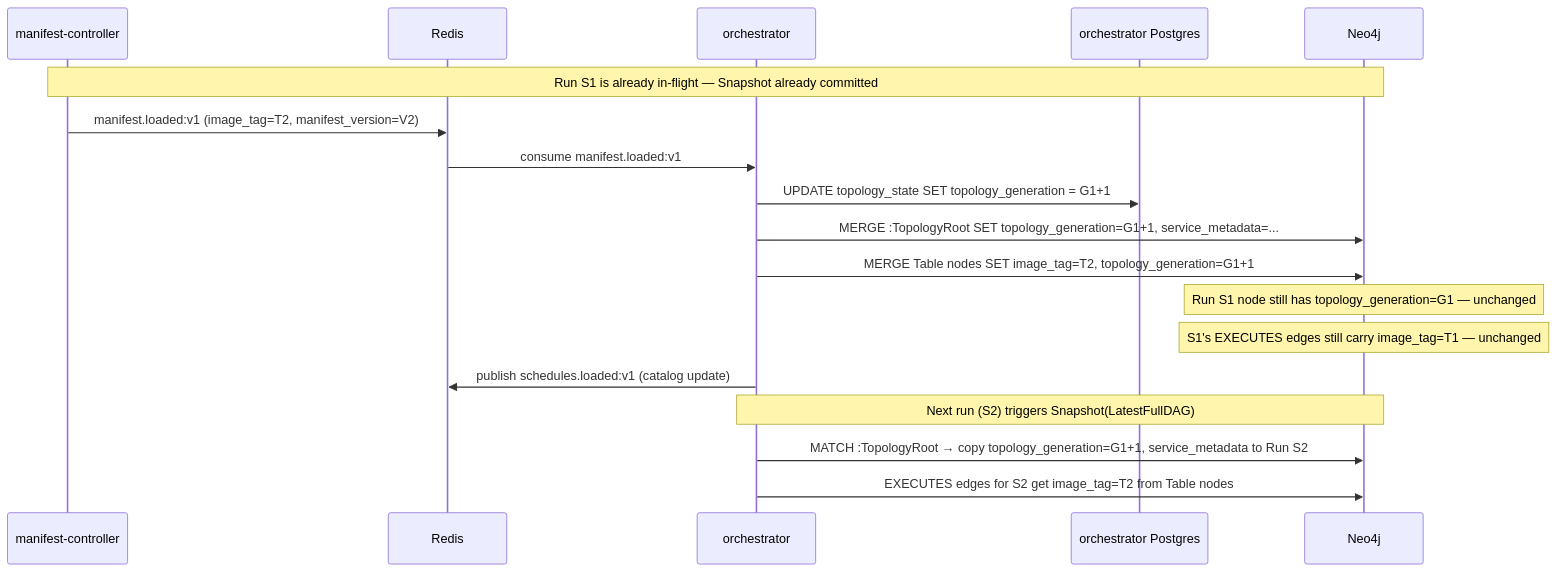
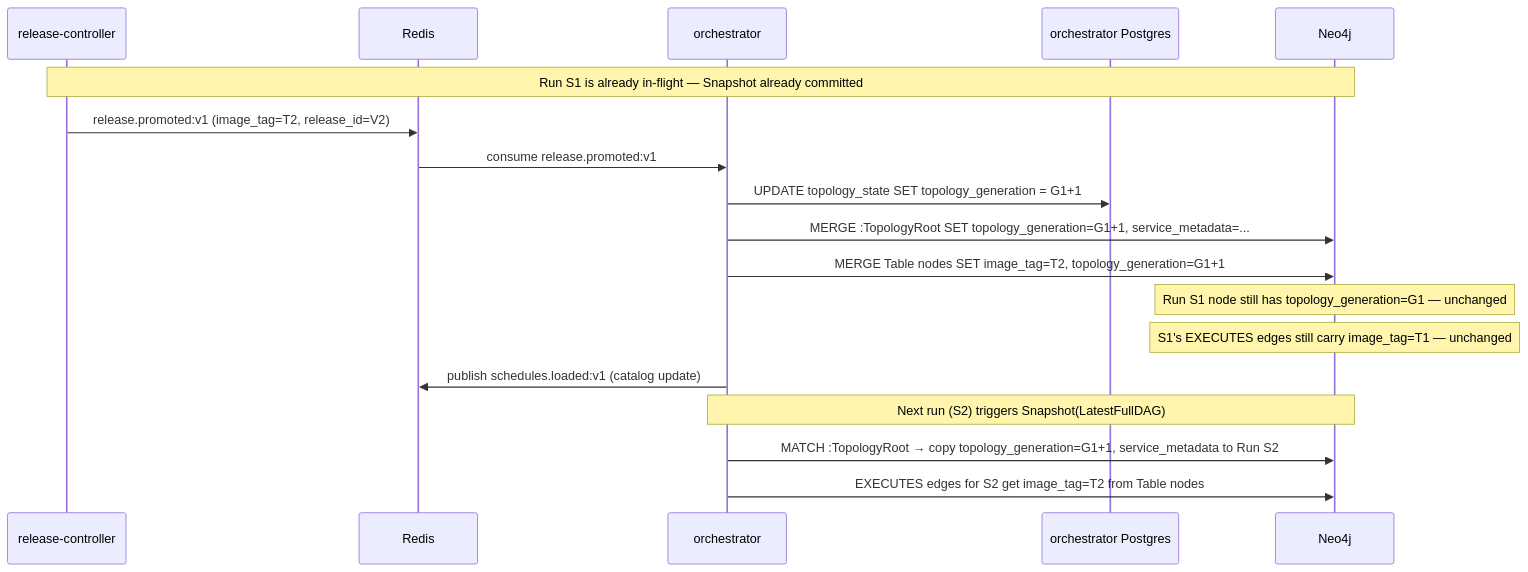
Before and after one commit to carolsimone/continuo: the seventh of 10 diagrams in docs/arch/03-sequence-flows.md, drawn with Mermaid. The commit also changed other lines of this file and 7 other files, not shown here.

Commit message:
docs(arch): reconcile topology flow to the release-driven path

````diff
--- a/docs/arch/03-sequence-flows.md
+++ b/docs/arch/03-sequence-flows.md
@@ -226,25 +226,25 @@
 ```mermaid
 sequenceDiagram
-  participant MC as manifest-controller
+  participant RC as release-controller
   participant R as Redis
   participant OR as orchestrator
   participant ORPG as orchestrator Postgres
   participant NEO as Neo4j
 
-  note over MC,NEO: Run S1 is already in-flight — Snapshot already committed
+  note over RC,NEO: Run S1 is already in-flight — Snapshot already committed
 
-  MC->>R: manifest.loaded:v1 (image_tag=T2, manifest_version=V2)
-  R->>OR: consume manifest.loaded:v1
+  RC->>R: release.promoted:v1 (image_tag=T2, release_id=V2)
+  R->>OR: consume release.promoted:v1
   OR->>ORPG: UPDATE topology_state SET topology_generation = G1+1
   OR->>NEO: MERGE :TopologyRoot SET topology_generation=G1+1, service_metadata=...
   OR->>NEO: MERGE Table nodes SET image_tag=T2, topology_generation=G1+1
 
   note over NEO: Run S1 node still has topology_generation=G1 — unchanged
   note over NEO: S1's EXECUTES edges still carry image_tag=T1 — unchanged
 
   OR->>R: publish schedules.loaded:v1 (catalog update)
 
   note over OR,NEO: Next run (S2) triggers Snapshot(LatestFullDAG)
   OR->>NEO: MATCH :TopologyRoot → copy topology_generation=G1+1, service_metadata to Run S2
   OR->>NEO: EXECUTES edges for S2 get image_tag=T2 from Table nodes
 ```
````
